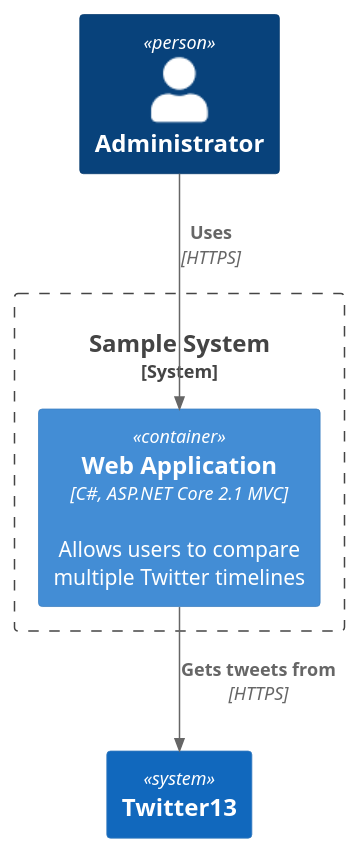
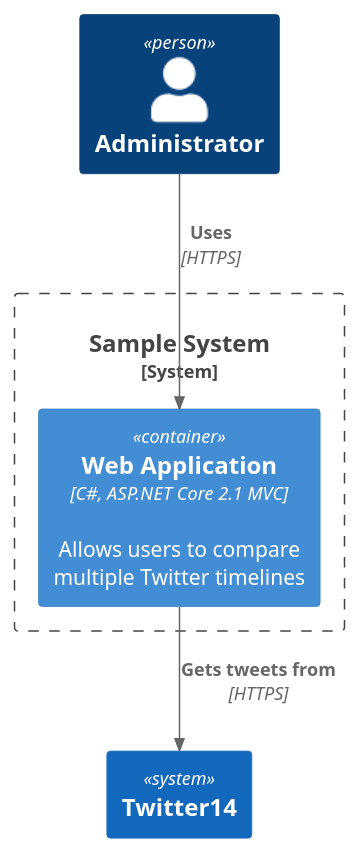
The diagram in doc/design/assets/diagram2.puml (kcirtapfromspace/plantuml), drawn with PlantUML before and after one commit. The commit also changed 1 other file, not shown here.

```diff
--- a/doc/design/assets/diagram2.puml
+++ b/doc/design/assets/diagram2.puml
@@ -1,13 +1,13 @@
 @startuml Basic_Sample
 !include https://raw.githubusercontent.com/plantuml-stdlib/C4-PlantUML/master/C4_Container.puml
 
 Person(admin, "Administrator")
 System_Boundary(c1, "Sample System") {
     Container(web_app, "Web Application", "C#, ASP.NET Core 2.1 MVC", "Allows users to compare multiple Twitter timelines")
 }
 System(twitter, "Twitter")
-System(twitter, "Twitter13")
+System(twitter, "Twitter14")
 
 Rel(admin, web_app, "Uses", "HTTPS")
 Rel(web_app, twitter, "Gets tweets from", "HTTPS")
 @enduml
```
